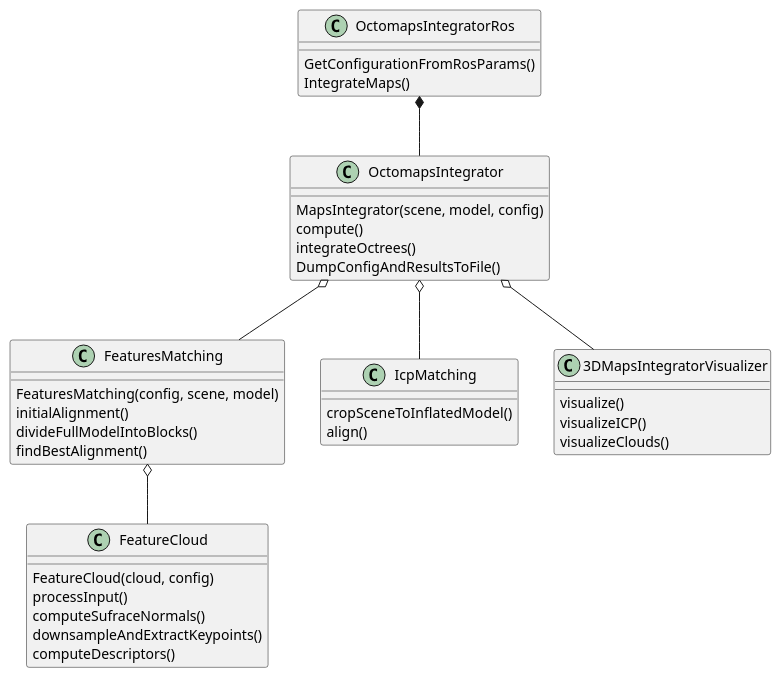
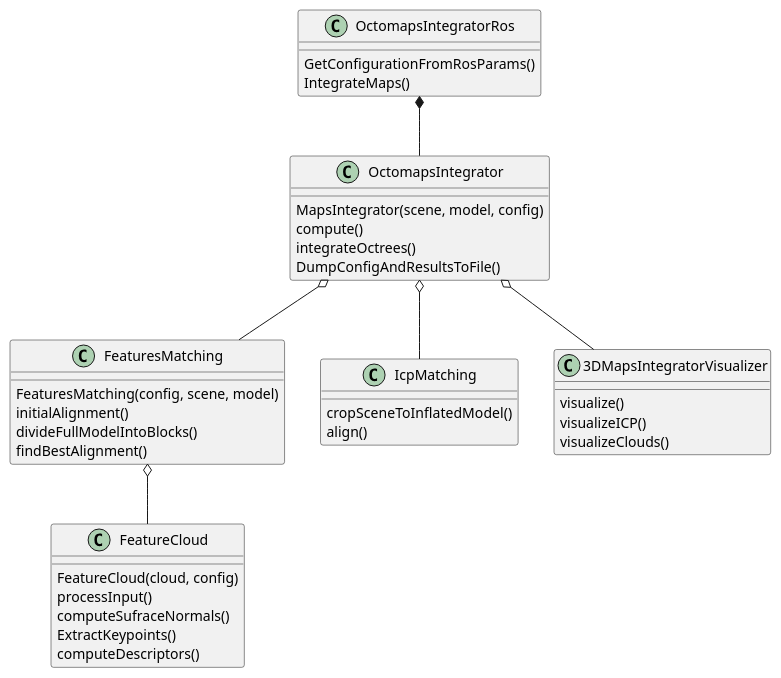
The diagram in diagrams/class_diagram.puml (mdrwiega/3d_map_server), drawn with PlantUML before and after one commit. The commit also changed 14 other files, not shown here.

```diff
--- a/diagrams/class_diagram.puml
+++ b/diagrams/class_diagram.puml
@@ -1,47 +1,47 @@
 @startuml
 
 class FeatureCloud {
   FeatureCloud(cloud, config)
   processInput()
   computeSufraceNormals()
-  downsampleAndExtractKeypoints()
+  ExtractKeypoints()
   computeDescriptors()
 }
 
 class FeaturesMatching {
   FeaturesMatching(config, scene, model)
   initialAlignment()
   divideFullModelIntoBlocks()
   findBestAlignment()
 }
 
 class IcpMatching {
   cropSceneToInflatedModel()
   align()
 }
 
 class OctomapsIntegrator {
   MapsIntegrator(scene, model, config)
   compute()
   integrateOctrees()
   DumpConfigAndResultsToFile()
 }
 
 class 3DMapsIntegratorVisualizer {
 	visualize()
 	visualizeICP()
 	visualizeClouds()
 }
 
 class OctomapsIntegratorRos {
 GetConfigurationFromRosParams()
 IntegrateMaps()
 }
 
 FeaturesMatching o-- FeatureCloud
 OctomapsIntegrator o-- FeaturesMatching
 OctomapsIntegrator o-- IcpMatching
 OctomapsIntegrator o-- 3DMapsIntegratorVisualizer
 OctomapsIntegratorRos *-- OctomapsIntegrator
 
 @enduml
```
